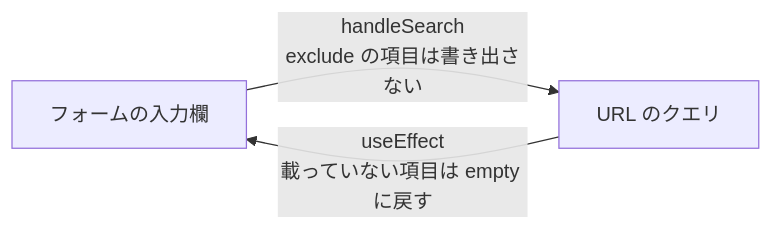
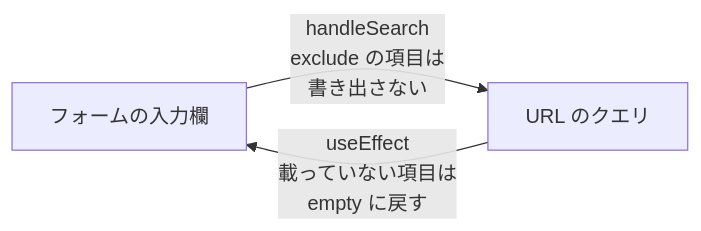
The second of 3 diagrams in material/30days-curriculum/day20_タスク検索機能.md (kouiso/task-app), drawn with Mermaid before and after one commit. The commit also changed other lines of this file and 24 other files, not shown here.

First line of the commit message:
fix(material): Mermaid 図のファイル名キャプションとノード途中折れを直す (#457) (#718)

````diff
--- a/material/30days-curriculum/day20_タスク検索機能.md
+++ b/material/30days-curriculum/day20_タスク検索機能.md
@@ -1368,5 +1368,5 @@
 ```mermaid
 flowchart LR
-    F["フォームの入力欄"] -->|"handleSearch<br/>exclude の項目は書き出さない"| U["URL のクエリ"]
-    U -->|"useEffect<br/>載っていない項目は empty に戻す"| F
+    F["フォームの入力欄"] -->|"handleSearch<br/>exclude の項目は<br/>書き出さない"| U["URL のクエリ"]
+    U -->|"useEffect<br/>載っていない項目は<br/>empty に戻す"| F
 ```
````
